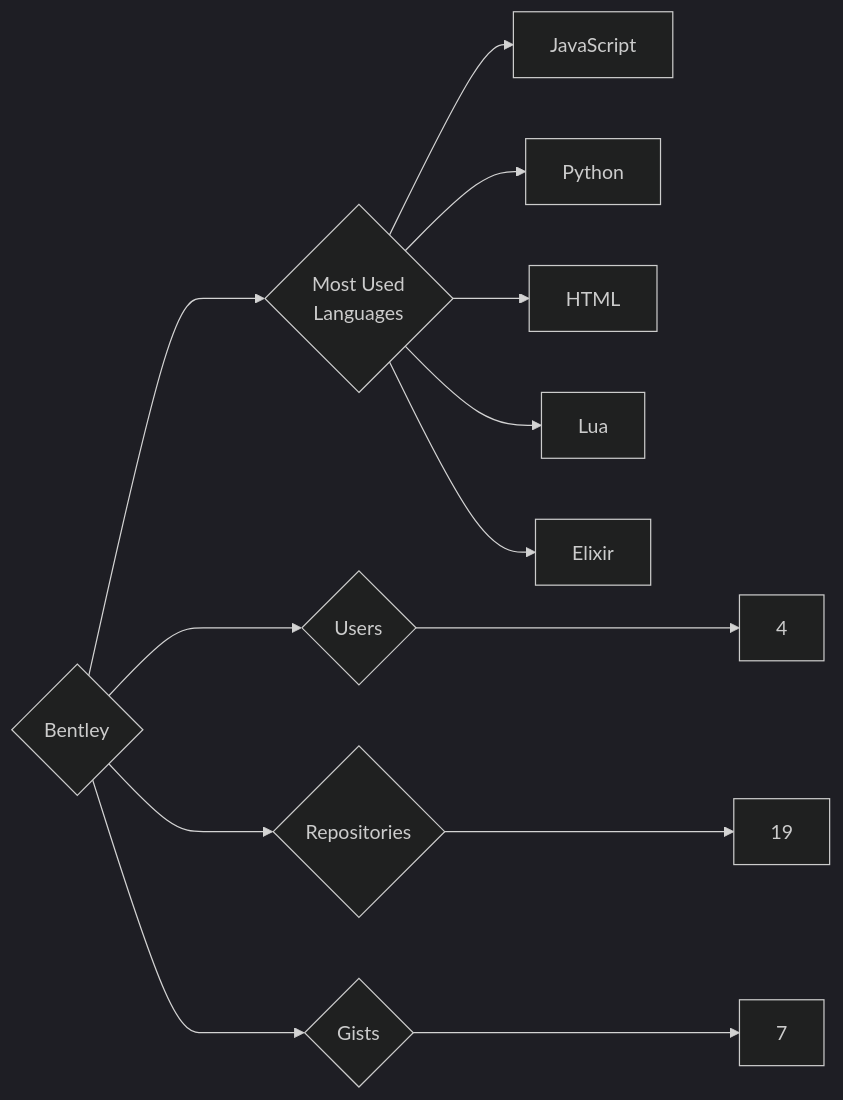
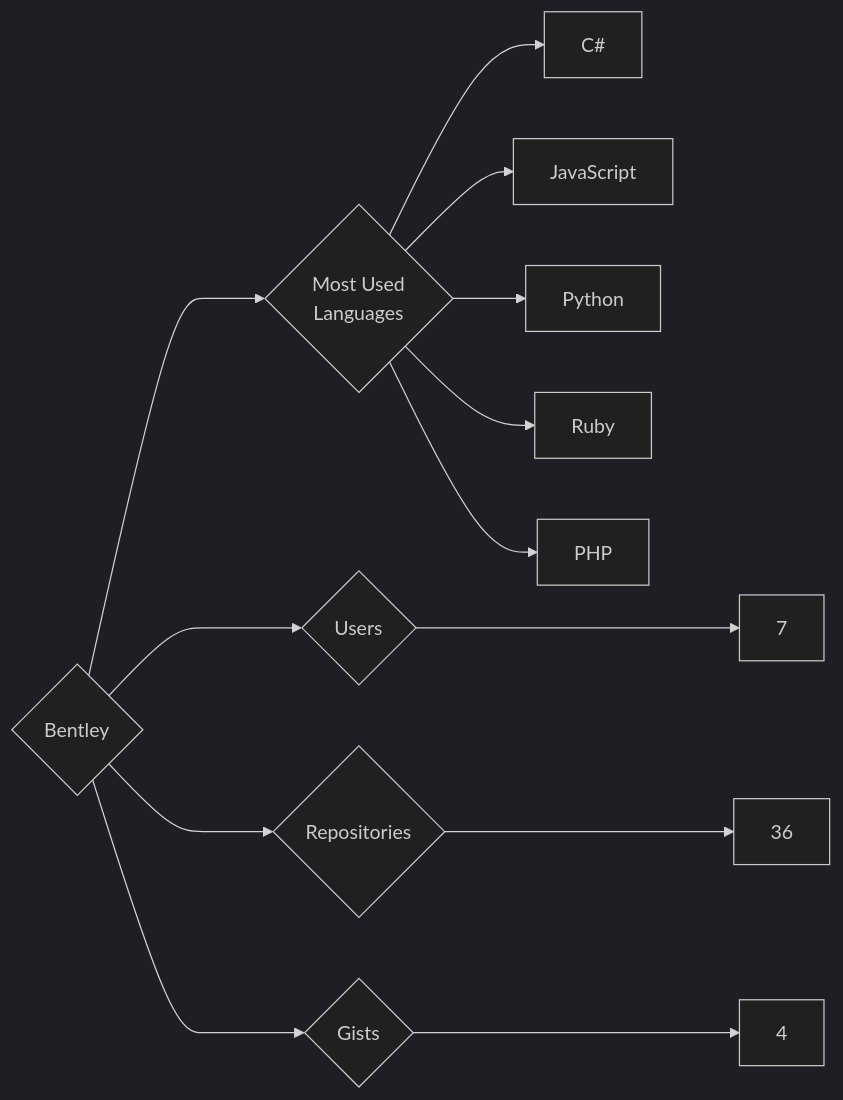
One commit to trickest/insiders changed the diagram in targets/Bentley/README.md. Above: the diagram before and after it, drawn with Mermaid (dark theme). The commit also changed 1120 other files, not shown here.

````diff
--- a/targets/Bentley/README.md
+++ b/targets/Bentley/README.md
@@ -3,13 +3,13 @@
 ```mermaid
 graph LR
 COMPANY_NAME{Bentley}
-COMPANY_NAME ---> U{Users} ---> UN[4]
-COMPANY_NAME ---> R{Repositories} ---> RN[19]
-COMPANY_NAME ---> G{Gists} ---> GN[7]
+COMPANY_NAME ---> U{Users} ---> UN[7]
+COMPANY_NAME ---> R{Repositories} ---> RN[36]
+COMPANY_NAME ---> G{Gists} ---> GN[4]
 COMPANY_NAME ---> ML{Most Used<br>Languages}
+ML --> C#[C#]
 ML --> JavaScript[JavaScript]
 ML --> Python[Python]
-ML --> HTML[HTML]
-ML --> Lua[Lua]
-ML --> Elixir[Elixir]
+ML --> Ruby[Ruby]
+ML --> PHP[PHP]
 ```
````
